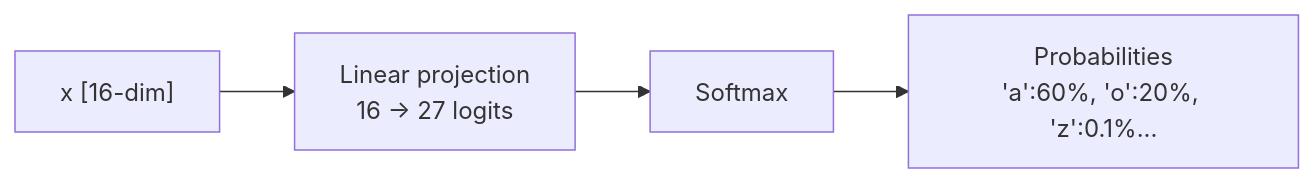
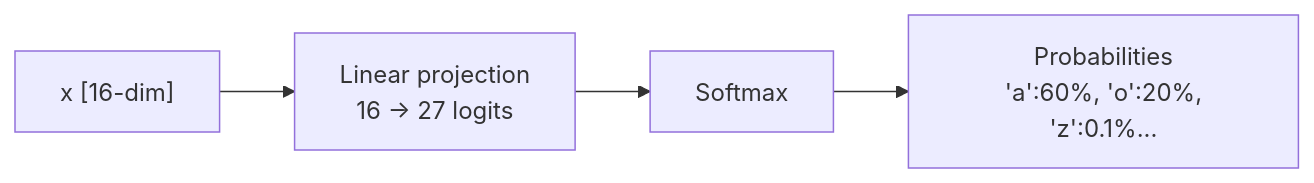
One commit to rsrini7/Learnings changed the eighth of 12 diagrams in AI-ML/microGPT-Architecture-Complete.md. Above: the diagram before and after it, drawn with Mermaid. The commit also changed other lines of this file, not shown here.

First line of the commit message:
docs: update microGPT architecture documentation formatting and details

````diff
--- a/AI-ML/microGPT-Architecture-Complete.md
+++ b/AI-ML/microGPT-Architecture-Complete.md
@@ -263,6 +279,6 @@
 ```mermaid
 flowchart LR
-    X16["x [16-dim]"] --> HEAD["Linear projection<br/>16 → 27 logits"]
+    X16["x [16-dim]"] --> HEAD["Linear projection<br/> 16 → 27 logits"]
     HEAD --> SOFT["Softmax"]
-    SOFT --> PROBS["Probabilities<br/>'a':60%, 'o':20%, 'z':0.1%..."]
+    SOFT --> PROBS["Probabilities<br/> 'a':60%, 'o':20%, 'z':0.1%..."]
 ```
````
